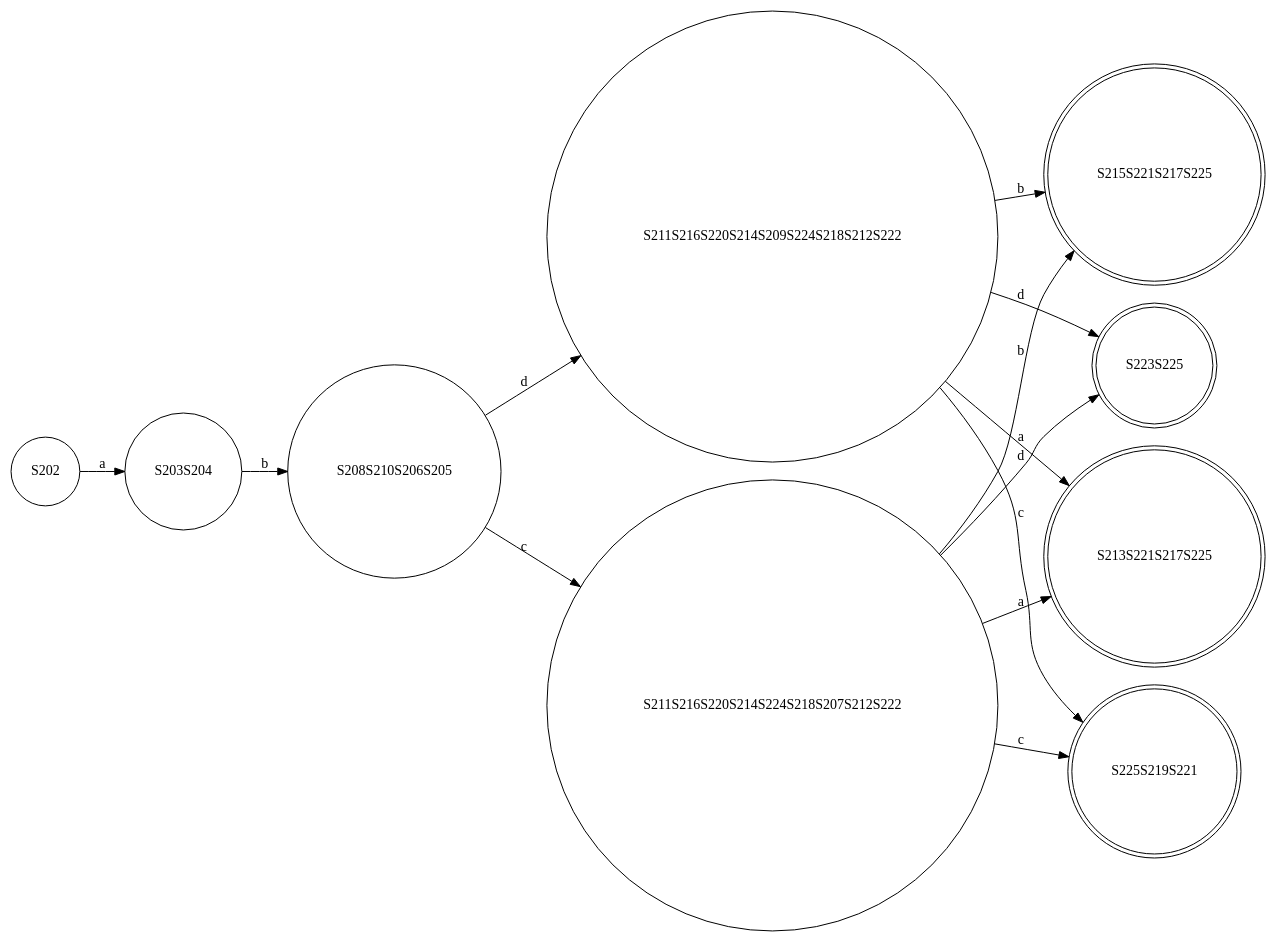
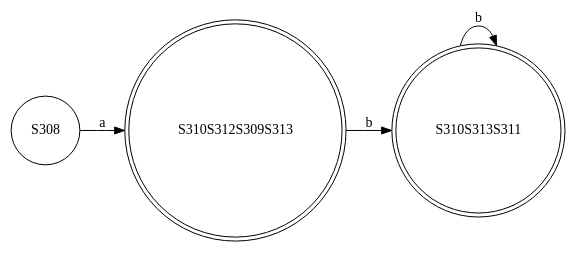
Before and after one commit to abdelazizSalah/RegExp_NFA_DFA_DFAMinimization: the diagram in finalCode/test-output/round-table.gv, drawn with Graphviz. The commit also changed 4 other files, not shown here.

```diff
--- a/finalCode/test-output/round-table.gv
+++ b/finalCode/test-output/round-table.gv
@@ -1,25 +1,10 @@
 // DFA graph
 digraph {
 	graph [rankdir=LR]
-	S202 [label=S202 shape=circle]
-	S202 -> S203S204 [label=a]
-	S203S204 [label=S203S204 shape=circle]
-	S203S204 -> S208S210S206S205 [label=b]
-	S208S210S206S205 [label=S208S210S206S205 shape=circle]
-	S208S210S206S205 -> S211S216S220S214S209S224S218S212S222 [label=d]
-	S208S210S206S205 -> S211S216S220S214S224S218S207S212S222 [label=c]
-	S211S216S220S214S209S224S218S212S222 [label=S211S216S220S214S209S224S218S212S222 shape=circle]
-	S211S216S220S214S209S224S218S212S222 -> S215S221S217S225 [label=b]
-	S211S216S220S214S209S224S218S212S222 -> S225S219S221 [label=c]
-	S211S216S220S214S209S224S218S212S222 -> S213S221S217S225 [label=a]
-	S211S216S220S214S209S224S218S212S222 -> S223S225 [label=d]
-	S211S216S220S214S224S218S207S212S222 [label=S211S216S220S214S224S218S207S212S222 shape=circle]
-	S211S216S220S214S224S218S207S212S222 -> S215S221S217S225 [label=b]
-	S211S216S220S214S224S218S207S212S222 -> S225S219S221 [label=c]
-	S211S216S220S214S224S218S207S212S222 -> S213S221S217S225 [label=a]
-	S211S216S220S214S224S218S207S212S222 -> S223S225 [label=d]
-	S215S221S217S225 [label=S215S221S217S225 shape=doublecircle]
-	S225S219S221 [label=S225S219S221 shape=doublecircle]
-	S213S221S217S225 [label=S213S221S217S225 shape=doublecircle]
-	S223S225 [label=S223S225 shape=doublecircle]
+	S308 [label=S308 shape=circle]
+	S308 -> S310S312S309S313 [label=a]
+	S310S312S309S313 [label=S310S312S309S313 shape=doublecircle]
+	S310S312S309S313 -> S310S313S311 [label=b]
+	S310S313S311 [label=S310S313S311 shape=doublecircle]
+	S310S313S311 -> S310S313S311 [label=b]
 }
```
